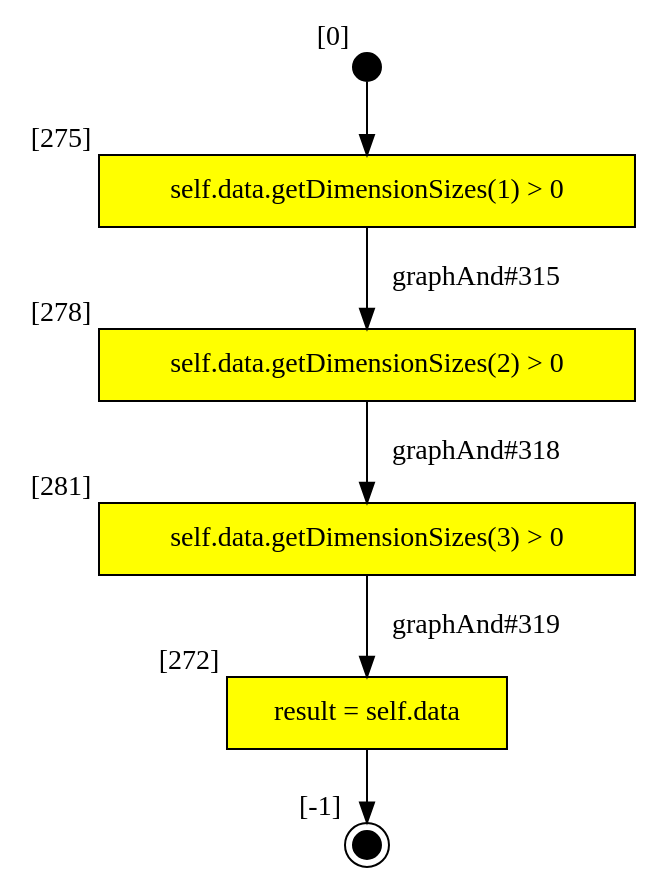
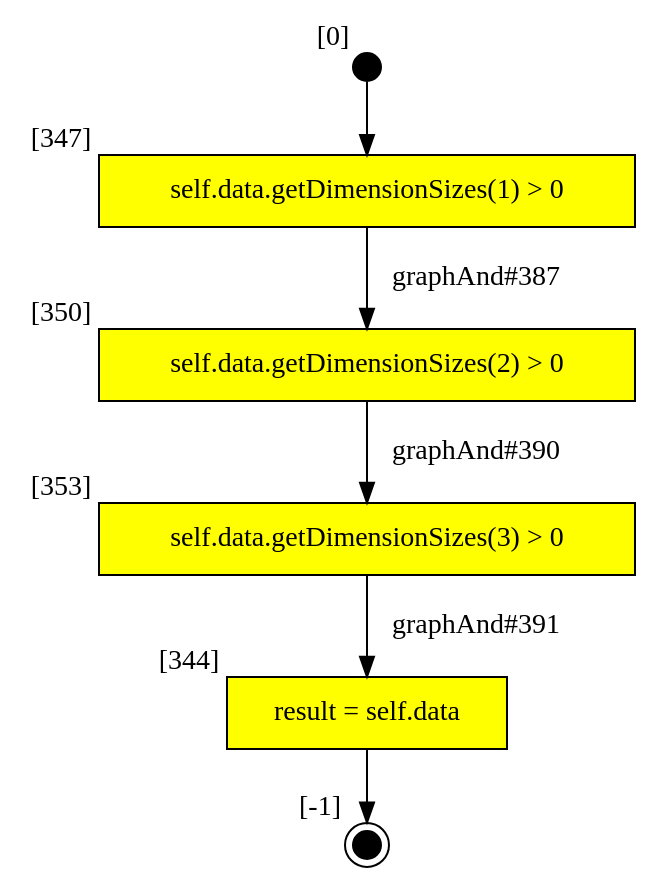
Before and after one commit to SamHseih/ocl-testcase-generator: the diagram in output/CLG/ThreeDimVarArray/DynamicFixedsizeArrays_ThreeDimVarArray_getData_DCC.dot, drawn with Graphviz. The commit also changed 2175 other files, not shown here.

```diff
--- a/output/CLG/ThreeDimVarArray/DynamicFixedsizeArrays_ThreeDimVarArray_getData_DCC.dot
+++ b/output/CLG/ThreeDimVarArray/DynamicFixedsizeArrays_ThreeDimVarArray_getData_DCC.dot
@@ -1,13 +1,13 @@
 digraph CLG {
-  272 [shape="box", label="result = self.data", style=filled, fillcolor=yellow, xlabel="[272]"];
-  273 [style=filled, fillcolor=black, shape="doublecircle", label="", fixedsize=true, width=.2, height=.2, xlabel="[-1]"];
-  274 [style=filled, fillcolor=black, shape="circle", label="", fixedsize=true, width=.2, height=.2, xlabel="[0]"];
-  275 [shape="box", label="self.data.getDimensionSizes(1) > 0", style=filled, fillcolor=yellow, xlabel="[275]"];
-  278 [shape="box", label="self.data.getDimensionSizes(2) > 0", style=filled, fillcolor=yellow, xlabel="[278]"];
-  281 [shape="box", label="self.data.getDimensionSizes(3) > 0", style=filled, fillcolor=yellow, xlabel="[281]"];
-  272 -> 273;
-  274 -> 275;
-  275 -> 278[label="graphAnd#315"];
-  278 -> 281[label="graphAnd#318"];
-  281 -> 272[label="graphAnd#319"];
+  353 [shape="box", label="self.data.getDimensionSizes(3) > 0", style=filled, fillcolor=yellow, xlabel="[353]"];
+  344 [shape="box", label="result = self.data", style=filled, fillcolor=yellow, xlabel="[344]"];
+  345 [style=filled, fillcolor=black, shape="doublecircle", label="", fixedsize=true, width=.2, height=.2, xlabel="[-1]"];
+  346 [style=filled, fillcolor=black, shape="circle", label="", fixedsize=true, width=.2, height=.2, xlabel="[0]"];
+  347 [shape="box", label="self.data.getDimensionSizes(1) > 0", style=filled, fillcolor=yellow, xlabel="[347]"];
+  350 [shape="box", label="self.data.getDimensionSizes(2) > 0", style=filled, fillcolor=yellow, xlabel="[350]"];
+  347 -> 350[label="graphAnd#387"];
+  350 -> 353[label="graphAnd#390"];
+  353 -> 344[label="graphAnd#391"];
+  344 -> 345;
+  346 -> 347;
 }
```
